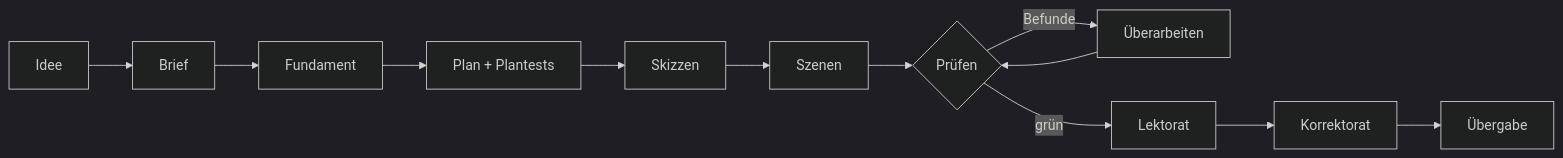
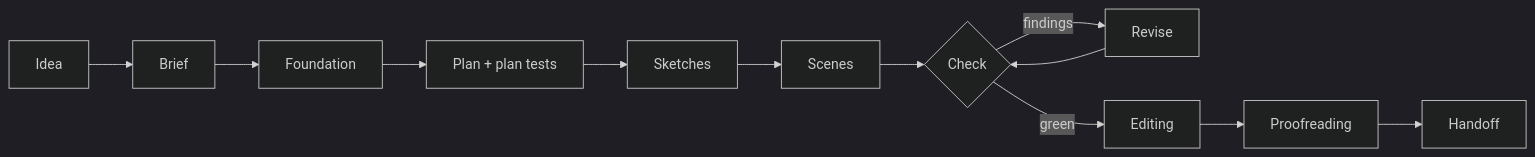
One commit to BjoernSchotte/book-sommer-gut-lindenhof changed the diagram in README.md. Above: the diagram before and after it, drawn with Mermaid (dark theme). The commit also changed other lines of this file, not shown here.

````diff
--- a/README.md
+++ b/README.md
@@ -48,8 +50,8 @@
 ```mermaid
 flowchart LR
-  I[Idee] --> B[Brief] --> F[Fundament] --> P[Plan + Plantests] --> S[Skizzen]
-  S --> T[Szenen]
-  T --> C{Prüfen}
-  C -- Befunde --> R[Überarbeiten] --> C
-  C -- grün --> L[Lektorat] --> K[Korrektorat] --> U[Übergabe]
+  I[Idea] --> B[Brief] --> F[Foundation] --> P[Plan + plan tests] --> S[Sketches]
+  S --> T[Scenes]
+  T --> C{Check}
+  C -- findings --> R[Revise] --> C
+  C -- green --> L[Editing] --> K[Proofreading] --> U[Handoff]
 ```
````
